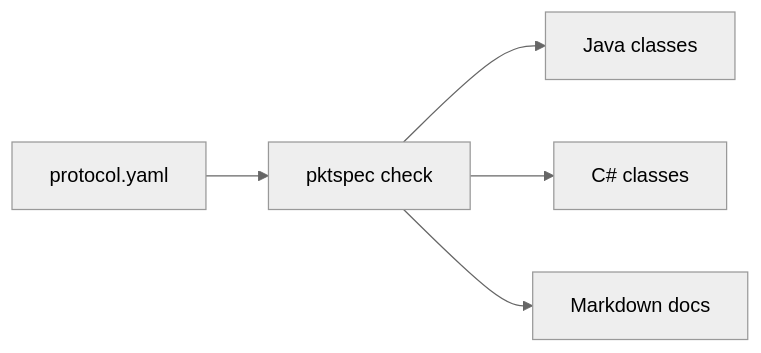
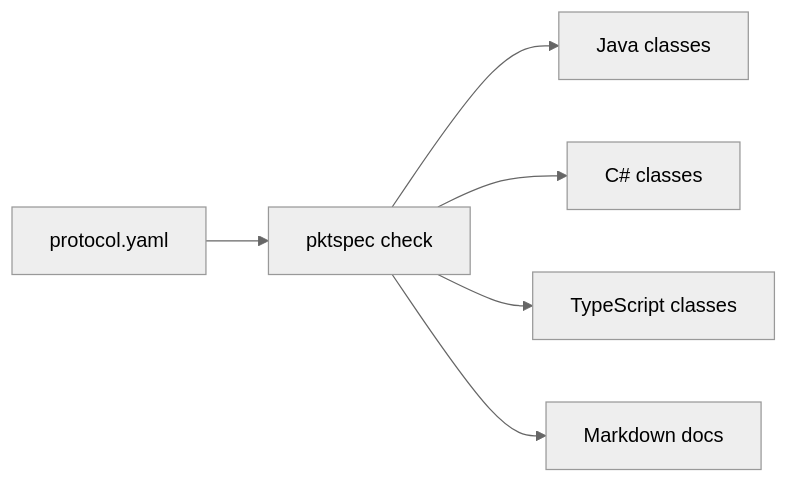
One commit to vtxe02023274/pktspec changed the diagram in README.en.md. Above: the diagram before and after it, drawn with Mermaid (neutral theme). The commit also changed other lines of this file and 46 other files, not shown here.

Commit message:
新增:TypeScript 產生器（網頁客戶端與 Node 伺服器）

````diff
--- a/README.en.md
+++ b/README.en.md
@@ -9,7 +9,8 @@
 ```mermaid
 flowchart LR
   yaml[protocol.yaml] --> check[pktspec check]
   check --> java[Java classes]
   check --> csharp[C# classes]
+  check --> ts[TypeScript classes]
   check --> docs[Markdown docs]
 ```
````
